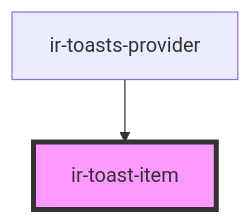
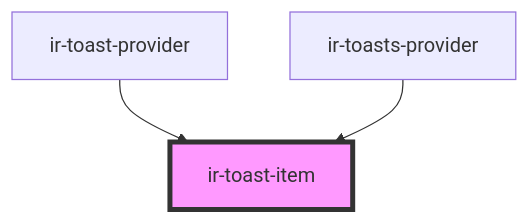
Before and after one commit to RonyRizk/ir-webcmp: the diagram in src/components/ui/ir-toast-item/readme.md, drawn with Mermaid. The commit also changed other lines of this file and 508 other files, not shown here.

````diff
--- a/src/components/ui/ir-toast-item/readme.md
+++ b/src/components/ui/ir-toast-item/readme.md
@@ -42,5 +67,6 @@
 ```mermaid
 graph TD;
+  ir-toast-provider --> ir-toast-item
   ir-toasts-provider --> ir-toast-item
   style ir-toast-item fill:#f9f,stroke:#333,stroke-width:4px
 ```
````
